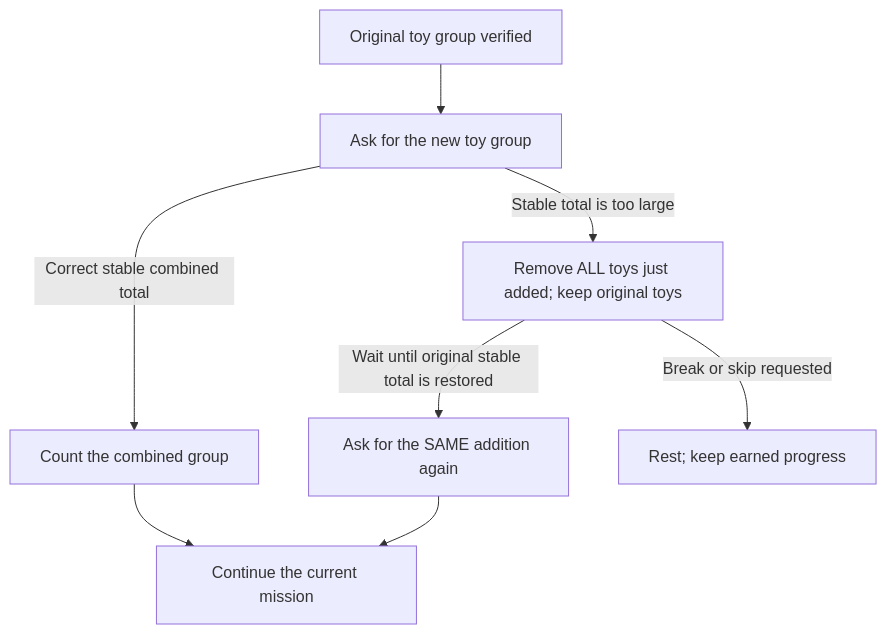
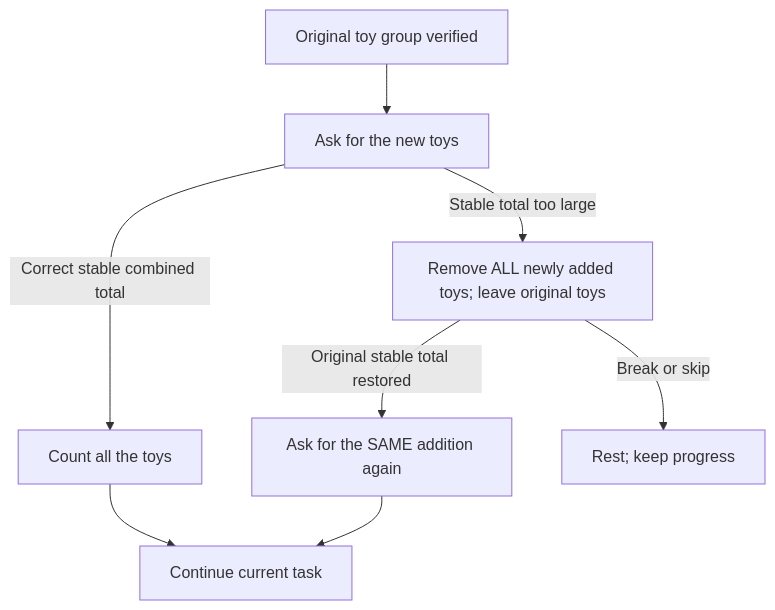
Before and after one commit to sealsbroken/unmath: the second of 2 diagrams in docs/wiki/Lesson-7-Supply-launch.md, drawn with Mermaid. The commit also changed other lines of this file and 33 other files, not shown here.

Commit message:
Start directly with real toys and remove pretend roles and adult prompts

````diff
--- a/docs/wiki/Lesson-7-Supply-launch.md
+++ b/docs/wiki/Lesson-7-Supply-launch.md
@@ -74,10 +60,10 @@
 ```mermaid
 flowchart TD
-    Choose["Original toy group verified"] --> Add["Ask for the new toy group"]
-    Add -->|"Correct stable combined total"| Count["Count the combined group"]
-    Count --> Done["Continue the current mission"]
-    Add -->|"Stable total is too large"| Undo["Remove ALL toys just added; keep original toys"]
-    Undo -->|"Wait until original stable total is restored"| Retry["Ask for the SAME addition again"]
+    Start["Original toy group verified"] --> Add["Ask for the new toys"]
+    Add -->|"Correct stable combined total"| Count["Count all the toys"]
+    Count --> Done["Continue current task"]
+    Add -->|"Stable total too large"| Undo["Remove ALL newly added toys; leave original toys"]
+    Undo -->|"Original stable total restored"| Retry["Ask for the SAME addition again"]
     Retry --> Done
-    Undo -->|"Break or skip requested"| Rest["Rest; keep earned progress"]
+    Undo -->|"Break or skip"| Rest["Rest; keep progress"]
 ```
````
